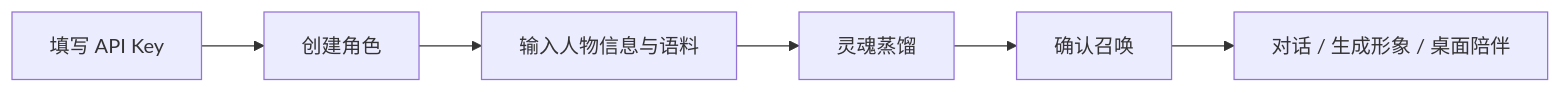
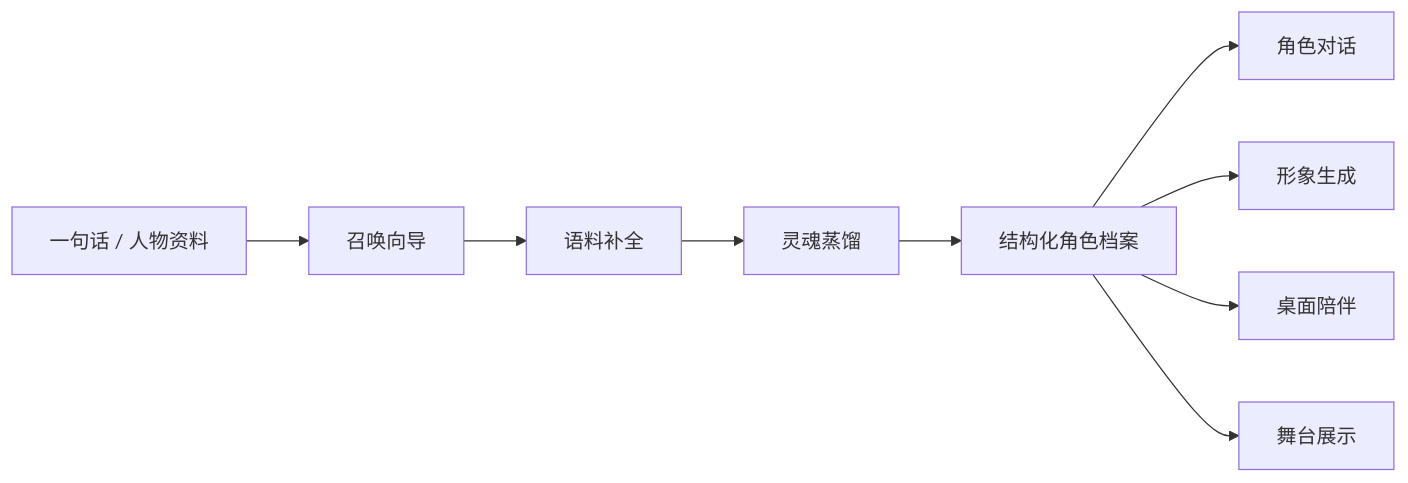
The first of 2 diagrams in README.md (zhangtianruiwork-droid/Third-Kind-Contact), drawn with Mermaid before and after one commit. The commit also changed other lines of this file, not shown here.

````diff
--- a/README.md
+++ b/README.md
@@ -86,8 +41,11 @@
 ```mermaid
 flowchart LR
-  A["填写 API Key"] --> B["创建角色"]
-  B --> C["输入人物信息与语料"]
+  A["一句话 / 人物资料"] --> B["召唤向导"]
+  B --> C["语料补全"]
   C --> D["灵魂蒸馏"]
-  D --> E["确认召唤"]
-  E --> F["对话 / 生成形象 / 桌面陪伴"]
+  D --> E["结构化角色档案"]
+  E --> F["角色对话"]
+  E --> G["形象生成"]
+  E --> H["桌面陪伴"]
+  E --> I["舞台展示"]
 ```
````
